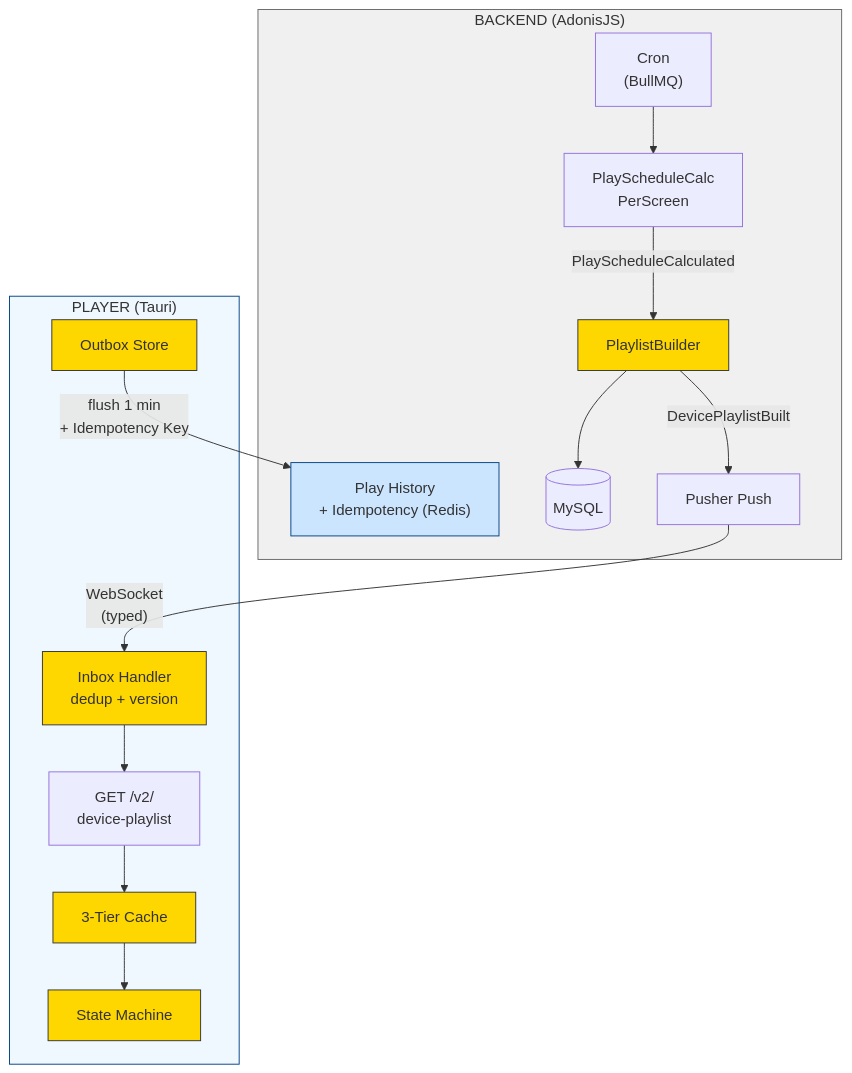
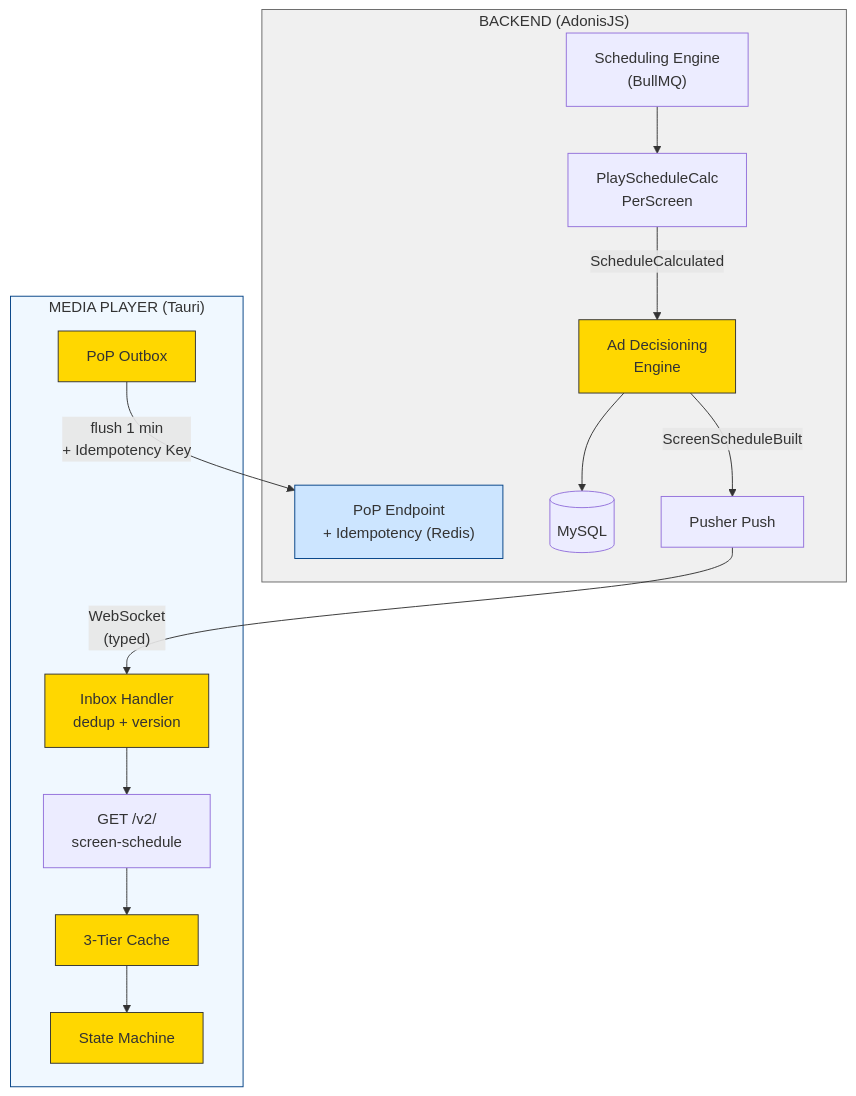
One commit to wasikarn/jira-generator changed the diagram in scripts/diagrams/07-4-event-flow.mmd. Above: the diagram before and after it, drawn with Mermaid. The commit also changed 2 other files, not shown here.

Commit message:
feat: update architecture diagrams with DOOH industry terminology
Rename internal terms to DOOH standards (PlaylistBuilder → Ad Decisioning Engine,
DevicePlaylist → Screen Schedule, play-history → PoP, etc.) and add new pDOOH
integration flowchart showing P1-P4 priority fill with future SSP/RTB path.

```diff
--- a/scripts/diagrams/07-4-event-flow.mmd
+++ b/scripts/diagrams/07-4-event-flow.mmd
@@ -1,24 +1,24 @@
 flowchart TD
     subgraph BE["BACKEND (AdonisJS)"]
-        CRON["Cron<br/>(BullMQ)"] --> CALC["PlayScheduleCalc<br/>PerScreen"]
-        CALC -->|"PlayScheduleCalculated"| PB["PlaylistBuilder"]
+        CRON["Scheduling Engine<br/>(BullMQ)"] --> CALC["PlayScheduleCalc<br/>PerScreen"]
+        CALC -->|"ScheduleCalculated"| PB["Ad Decisioning<br/>Engine"]
         PB --> DB[("MySQL")]
-        PB -->|"DevicePlaylistBuilt"| PUSH["Pusher Push"]
-        PH["Play History<br/>+ Idempotency (Redis)"]
+        PB -->|"ScreenScheduleBuilt"| PUSH["Pusher Push"]
+        PH["PoP Endpoint<br/>+ Idempotency (Redis)"]
     end
-    subgraph PL["PLAYER (Tauri)"]
-        INB["Inbox Handler<br/>dedup + version"] --> FETCH["GET /v2/<br/>device-playlist"]
+    subgraph PL["MEDIA PLAYER (Tauri)"]
+        INB["Inbox Handler<br/>dedup + version"] --> FETCH["GET /v2/<br/>screen-schedule"]
         FETCH --> CACHE["3-Tier Cache"]
         CACHE --> SM["State Machine"]
-        OUT["Outbox Store"]
+        OUT["PoP Outbox"]
     end
     PUSH -->|"WebSocket<br/>(typed)"| INB
     OUT -->|"flush 1 min<br/>+ Idempotency Key"| PH
     style BE fill:#f0f0f0,stroke:#666
     style PL fill:#f0f8ff,stroke:#004085
     style PB fill:#ffd700,stroke:#333
     style INB fill:#ffd700,stroke:#333
     style CACHE fill:#ffd700,stroke:#333
     style SM fill:#ffd700,stroke:#333
     style OUT fill:#ffd700,stroke:#333
     style PH fill:#cce5ff,stroke:#004085
```
